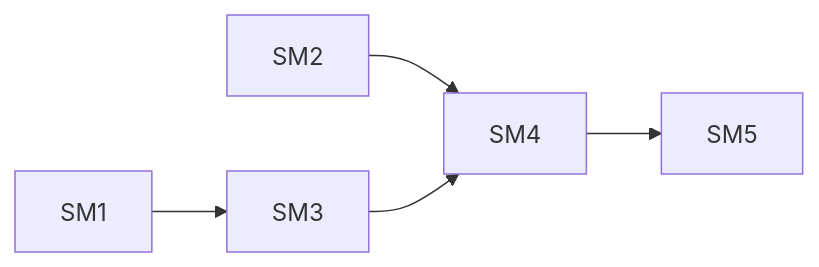
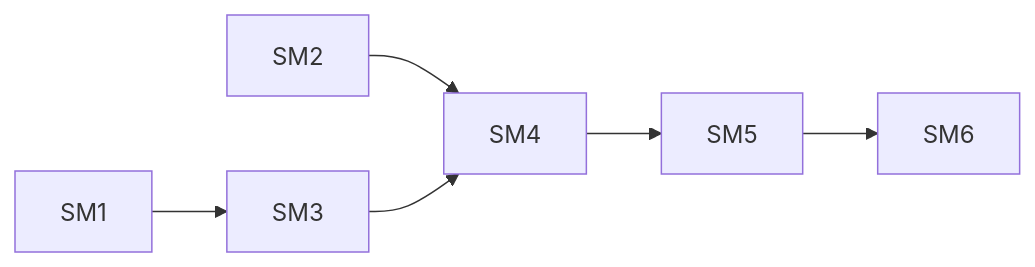
Before and after one commit to jhoblitt/rgw-go: diagram 11 of 11 in docs/superpowers/plans/2026-10-13-phase-2/dependencies.md, drawn with Mermaid. The commit also changed other lines of this file and 2 other files, not shown here.

Commit message:
docs(plan): add SM6, goceph's service map spec survives librados's shutdown race
SM5's review found that librados can register a service daemon again while rados_shutdown waits on its close, leaving an entry until the 60 s beacon grace. goceph's own service map spec waits only 30 s, so it fails when the race hits. SM6 gives it SM5's two-phase wait, and follows SM5 in the order, the dependency graph and the index.

````diff
--- a/docs/superpowers/plans/2026-10-13-phase-2/dependencies.md
+++ b/docs/superpowers/plans/2026-10-13-phase-2/dependencies.md
@@ -1156,17 +1156,20 @@
 ```mermaid
 flowchart LR
   t_SM1["SM1"]
   t_SM2["SM2"]
   t_SM3["SM3"]
   t_SM4["SM4"]
   t_SM5["SM5"]
+  t_SM6["SM6"]
   t_SM1 --> t_SM3
   t_SM2 --> t_SM4
   t_SM3 --> t_SM4
   t_SM4 --> t_SM5
+  t_SM5 --> t_SM6
   click t_SM1 href "https://github.com/jhoblitt/rgw-go/blob/main/docs/superpowers/plans/2026-10-13-phase-2/SM-service-map.md#task-sm1-go-ceph-fork-serviceregister-and-serviceupdatestatus" "SM1: go-ceph fork, ServiceRegister and ServiceUpdateStatus"
   click t_SM2 href "https://github.com/jhoblitt/rgw-go/blob/main/docs/superpowers/plans/2026-10-13-phase-2/SM-service-map.md#task-sm2-harness-the-radosgw-readers-skip-any-rgw-go" "SM2: harness, the radosgw readers skip any rgw-go"
   click t_SM3 href "https://github.com/jhoblitt/rgw-go/blob/main/docs/superpowers/plans/2026-10-13-phase-2/SM-service-map.md#task-sm3-radosclient-the-service-map-capability" "SM3: radosclient, the service-map capability"
   click t_SM4 href "https://github.com/jhoblitt/rgw-go/blob/main/docs/superpowers/plans/2026-10-13-phase-2/SM-service-map.md#task-sm4-cli-the-gateway-registers-and-reports-its-status" "SM4: cli, the gateway registers and reports its status"
   click t_SM5 href "https://github.com/jhoblitt/rgw-go/blob/main/docs/superpowers/plans/2026-10-13-phase-2/SM-service-map.md#task-sm5-integration-rgw-gos-entry-against-radosgws-on-both-releases" "SM5: integration, rgw-go's entry against radosgw's, on both releases"
+  click t_SM6 href "https://github.com/jhoblitt/rgw-go/blob/main/docs/superpowers/plans/2026-10-13-phase-2/SM-service-map.md#task-sm6-radosclient-gocephs-service-map-spec-survives-libradoss-shutdown-race" "SM6: radosclient, goceph's service map spec survives librados's shutdown race"
 ```
````
